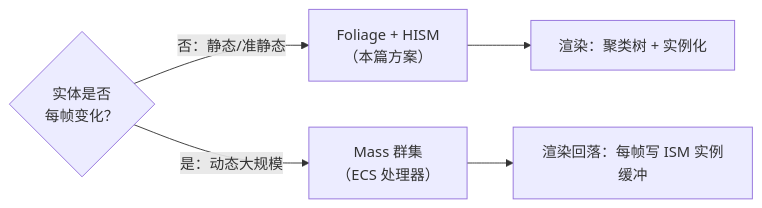
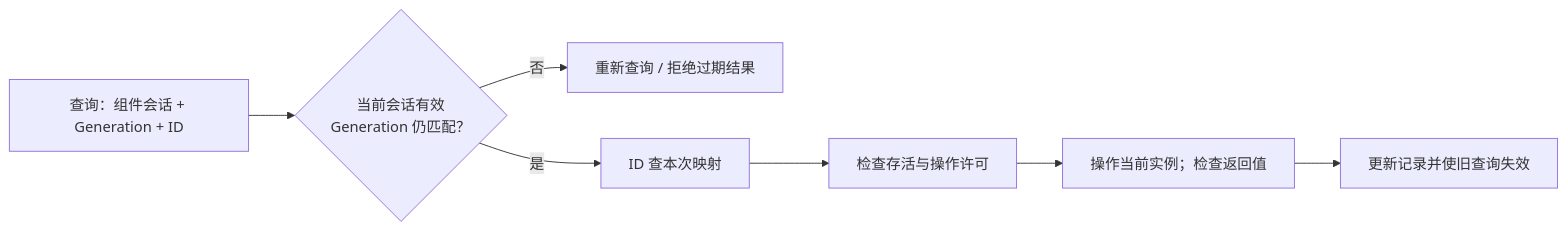
The second of 2 diagrams in 知识/04-图形动画与物理仿真/材质地形与世界表现/02-植被Foliage与实例化渲染.md (fantuan812/learning), drawn with Mermaid before and after one commit. The commit also changed other lines of this file and 1 other file, not shown here.

````diff
--- a/知识/04-图形动画与物理仿真/材质地形与世界表现/02-植被Foliage与实例化渲染.md
+++ b/知识/04-图形动画与物理仿真/材质地形与世界表现/02-植被Foliage与实例化渲染.md
@@ -249,8 +298,9 @@
 ```mermaid
-graph LR
-    Q{"实体是否<br/>每帧变化？"}
-    Q -->|"否：静态/准静态"| F["Foliage + HISM<br/>（本篇方案）"]
-    Q -->|"是：动态大规模"| M["Mass 群集<br/>（ECS 处理器）"]
-    M --> R["渲染回落：每帧写 ISM 实例缓冲"]
-    F --> S["渲染：聚类树 + 实例化"]
+flowchart LR
+    Q["查询：组件会话 + Generation + ID"] --> V{"当前会话有效<br/>Generation 仍匹配？"}
+    V -->|否| Again["重新查询 / 拒绝过期结果"]
+    V -->|是| M["ID 查本次映射"]
+    M --> S["检查存活与操作许可"]
+    S --> Op["操作当前实例；检查返回值"]
+    Op --> New["更新记录并使旧查询失效"]
 ```
````
